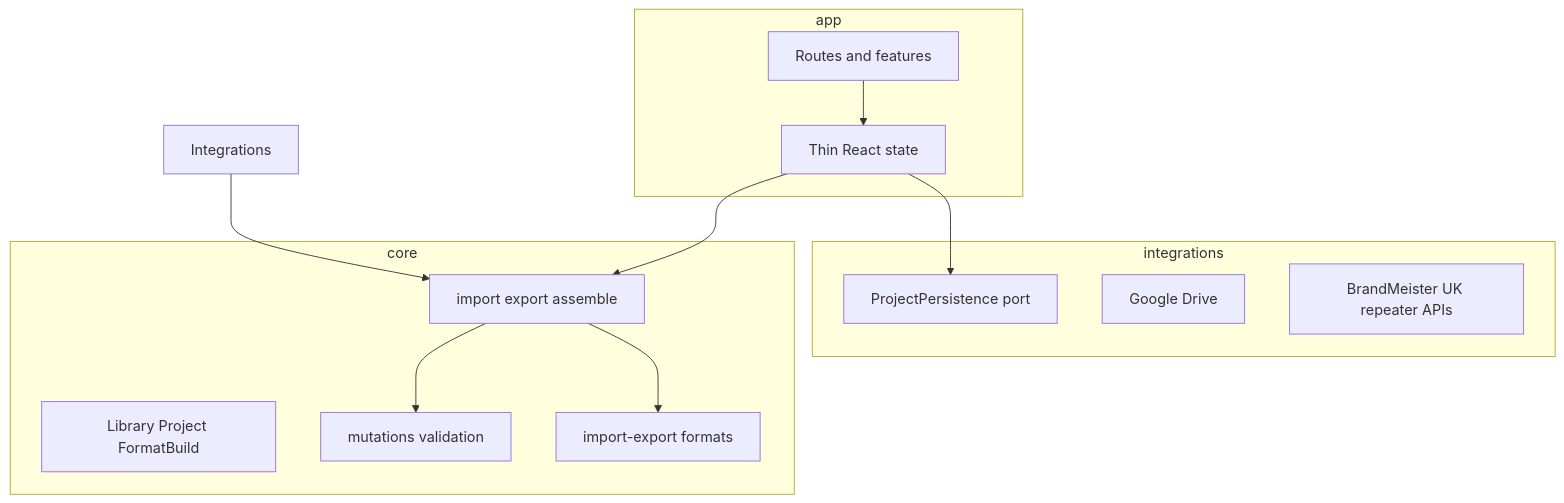
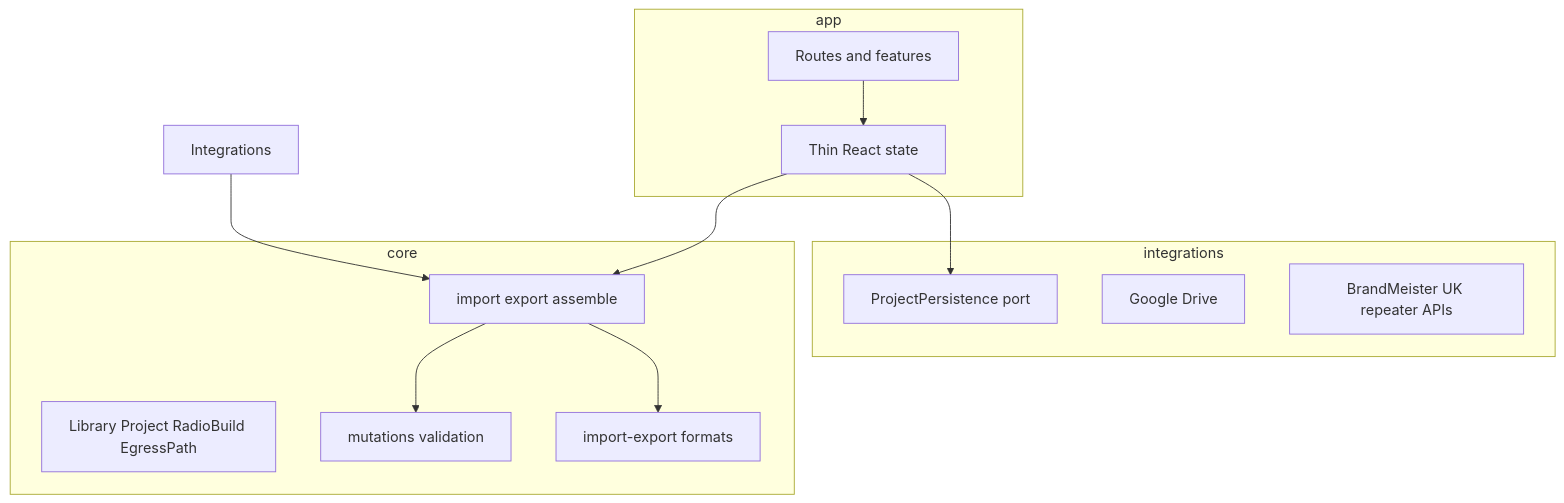
The first of 2 diagrams in DESIGN.md (pskillen/codeplug-studio), drawn with Mermaid before and after one commit. The commit also changed other lines of this file and 6 other files, not shown here.

Commit message:
docs(builds): document RadioBuild + EgressPath redesign (#654)

````diff
--- a/DESIGN.md
+++ b/DESIGN.md
@@ -109,24 +109,24 @@
 ```mermaid
 flowchart TB
   subgraph app [app]
     UI[Routes and features]
     State[Thin React state]
   end
   subgraph integrations [integrations]
     Persistence[ProjectPersistence port]
     Cloud[Google Drive]
     Repeaters[BrandMeister UK repeater APIs]
   end
   subgraph core [core]
-    Models[Library Project FormatBuild]
+    Models[Library Project RadioBuild EgressPath]
     Domain[mutations validation]
     IE[import-export formats]
     Services[import export assemble]
   end
   UI --> State
   State --> Services
   State --> Persistence
   Services --> Domain
   Services --> IE
   Integrations --> Services
 ```
````
